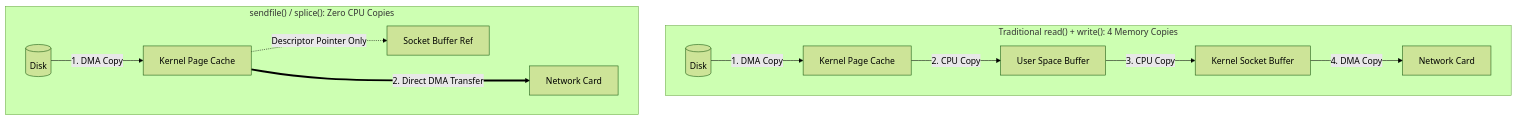
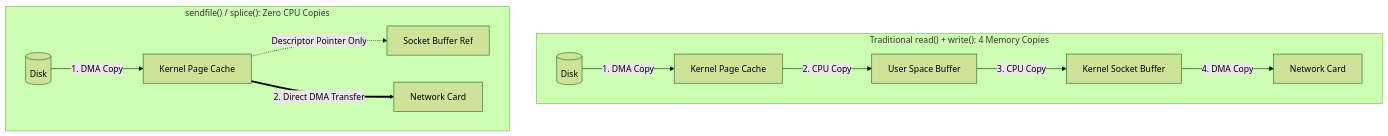
The second of 2 diagrams in content/docs/operating-system/04-storage-and-io/05-modern-io-uring-zerocopy.mdx (1345AbhishekKumar/cs-cookbook), drawn with Mermaid (forest theme) before and after one commit. The commit also changed other lines of this file and 299 other files, not shown here.

````diff
--- a/content/docs/operating-system/04-storage-and-io/05-modern-io-uring-zerocopy.mdx
+++ b/content/docs/operating-system/04-storage-and-io/05-modern-io-uring-zerocopy.mdx
@@ -64,15 +64,15 @@
 ```mermaid
 flowchart TD
     subgraph Traditional["Traditional read() + write(): 4 Memory Copies"]
         DISK1[(Disk)] -->|1. DMA Copy| K_BUF[Kernel Page Cache]
         K_BUF -->|2. CPU Copy| U_BUF[User Space Buffer]
         U_BUF -->|3. CPU Copy| S_BUF[Kernel Socket Buffer]
         S_BUF -->|4. DMA Copy| NIC1[Network Card]
     end
 
     subgraph ZeroCopy["sendfile() / splice(): Zero CPU Copies"]
         DISK2[(Disk)] -->|1. DMA Copy| K_CACHE[Kernel Page Cache]
         K_CACHE -.->|Descriptor Pointer Only| S_REF[Socket Buffer Ref]
-        K_CACHE ===>|2. Direct DMA Transfer| NIC2[Network Card]
+        K_CACHE ==>|2. Direct DMA Transfer| NIC2[Network Card]
     end
 ```
````
